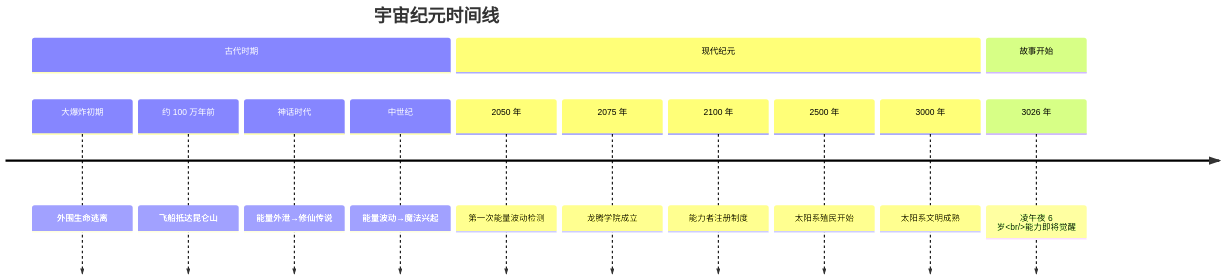
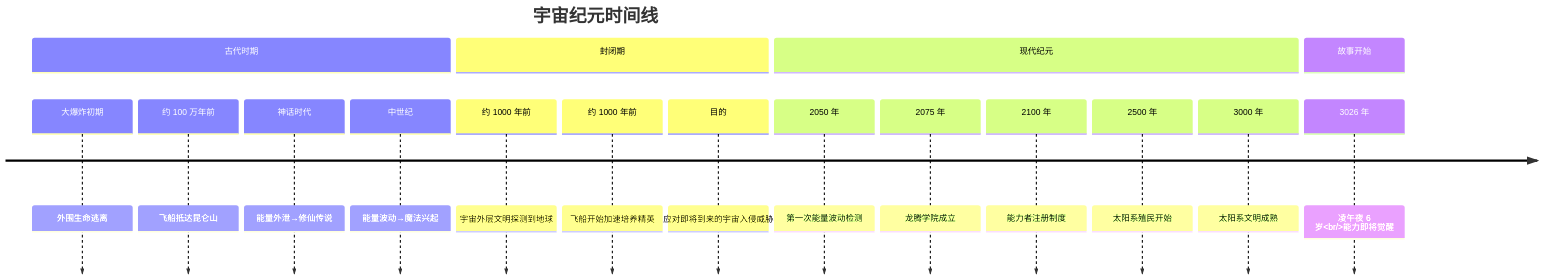
One commit to wzhgfwy001/yuanshen changed the fourth of 9 diagrams in skills/dynamic-multi-agent-system/docs/VISUAL-DIAGRAMS.md. Above: the diagram before and after it, drawn with Mermaid. The commit also changed other lines of this file and 1 other file, not shown here.

````diff
--- a/skills/dynamic-multi-agent-system/docs/VISUAL-DIAGRAMS.md
+++ b/skills/dynamic-multi-agent-system/docs/VISUAL-DIAGRAMS.md
@@ -106,20 +112,25 @@
 ```mermaid
 timeline
     title 宇宙纪元时间线
     
     section 古代时期
       大爆炸初期 : 外围生命逃离
       约 100 万年前 : 飞船抵达昆仑山
       神话时代 : 能量外泄→修仙传说
       中世纪 : 能量波动→魔法兴起
+    
+    section 封闭期
+      约 1000 年前 : 宇宙外层文明探测到地球
+      约 1000 年前 : 飞船开始加速培养精英
+      目的 : 应对即将到来的宇宙入侵威胁
     
     section 现代纪元
       2050 年 : 第一次能量波动检测
       2075 年 : 龙腾学院成立
       2100 年 : 能力者注册制度
       2500 年 : 太阳系殖民开始
       3000 年 : 太阳系文明成熟
     
     section 故事开始
       3026 年 : 凌午夜 6 岁<br/>能力即将觉醒
 ```
````
